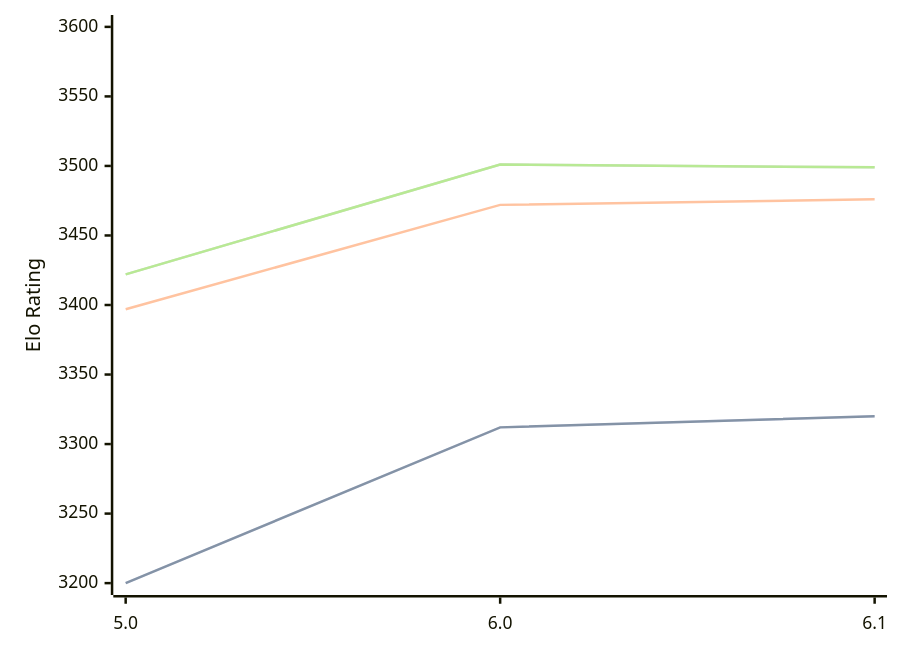
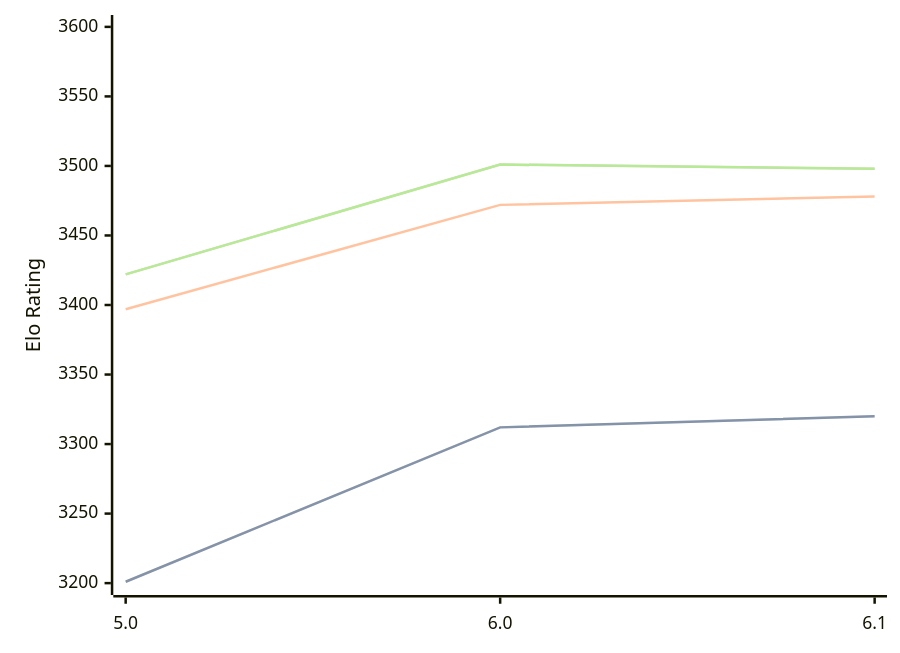
Before and after one commit to computer-chess-index/cci: the first of 3 diagrams in engines/Starzix.md, drawn with Mermaid. The commit also changed other lines of this file, not shown here.

Commit message:
Update CCI Ratings (ELO VLTC) - 2026-07-04

````diff
--- a/engines/Starzix.md
+++ b/engines/Starzix.md
@@ -37,11 +37,11 @@
 ```mermaid
 %%{init: {"theme":"base","themeVariables":{"seriesColors:['#a3a3a3','#222221','#faa371']}}}%%
 xychart-beta
   x-axis ["5.0", "6.0", "6.1"]
   y-axis "Elo Rating" 3200 --> 3600
-  line "STC (8.0+0.08s)" [3200, 3312, 3320]
-  line "STC (8.0+0.08s)" [3200, 3312, 3320]
-  line "LTC (60.0+0.60s)" [3397, 3472, 3476]
-  line "VLTC (2m24s+1.12s)" [3422, 3501, 3499]
-  line "VLTC (2m24s+1.12s)" [3422, 3501, 3499]
+  line "STC (8.0+0.08s)" [3201, 3312, 3320]
+  line "STC (8.0+0.08s)" [3201, 3312, 3320]
+  line "LTC (60.0+0.60s)" [3397, 3472, 3478]
+  line "VLTC (2m24s+1.12s)" [3422, 3501, 3498]
+  line "VLTC (2m24s+1.12s)" [3422, 3501, 3498]
 ```
````
